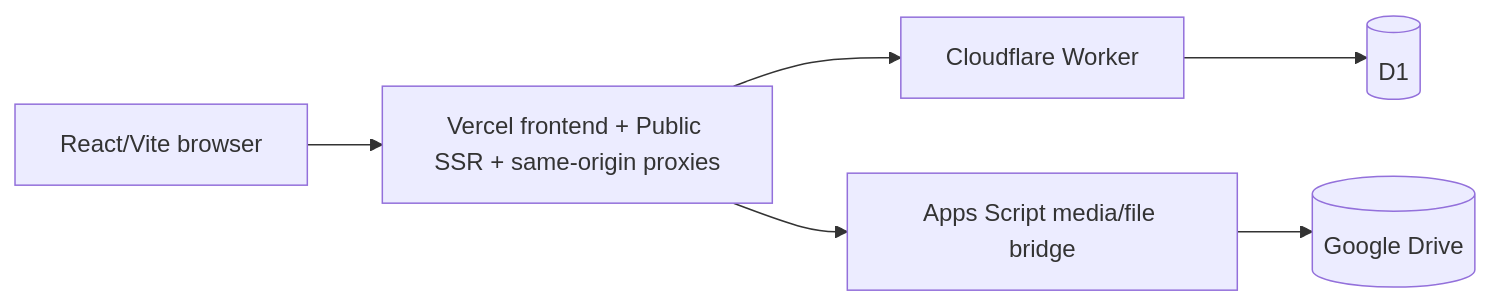
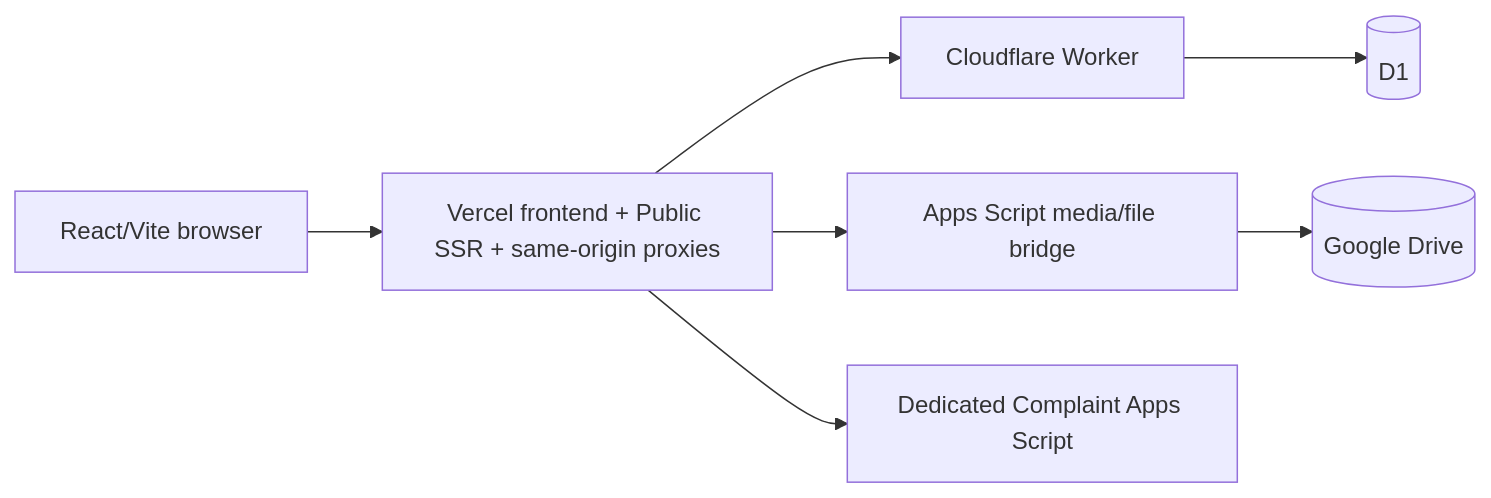
The diagram in docs/architecture/current-runtime-ownership.md (yiwssx/new-www.rcat.ac.th), drawn with Mermaid before and after one commit. The commit also changed other lines of this file and 7 other files, not shown here.

````diff
--- a/docs/architecture/current-runtime-ownership.md
+++ b/docs/architecture/current-runtime-ownership.md
@@ -9,15 +9,17 @@
 ```mermaid
 flowchart LR
   Browser[React/Vite browser]
   Vercel[Vercel frontend + Public SSR + same-origin proxies]
   Worker[Cloudflare Worker]
   D1[(D1)]
-  Apps[Apps Script media/file bridge]
+  MediaApps[Apps Script media/file bridge]
+  ComplaintApps[Dedicated Complaint Apps Script]
   Drive[(Google Drive)]
 
   Browser --> Vercel
   Vercel --> Worker
   Worker --> D1
-  Vercel --> Apps
-  Apps --> Drive
+  Vercel --> MediaApps
+  MediaApps --> Drive
+  Vercel --> ComplaintApps
 ```
````
